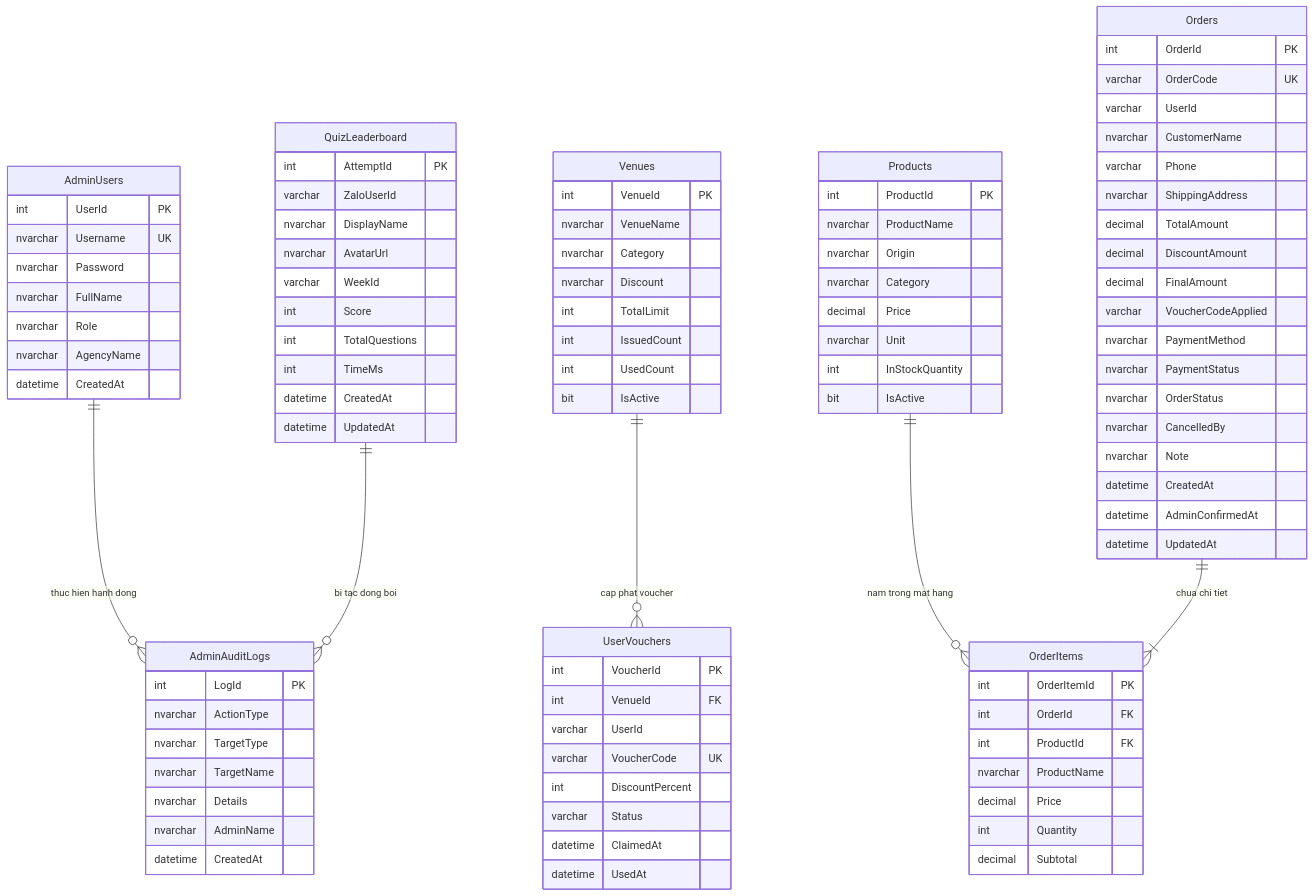
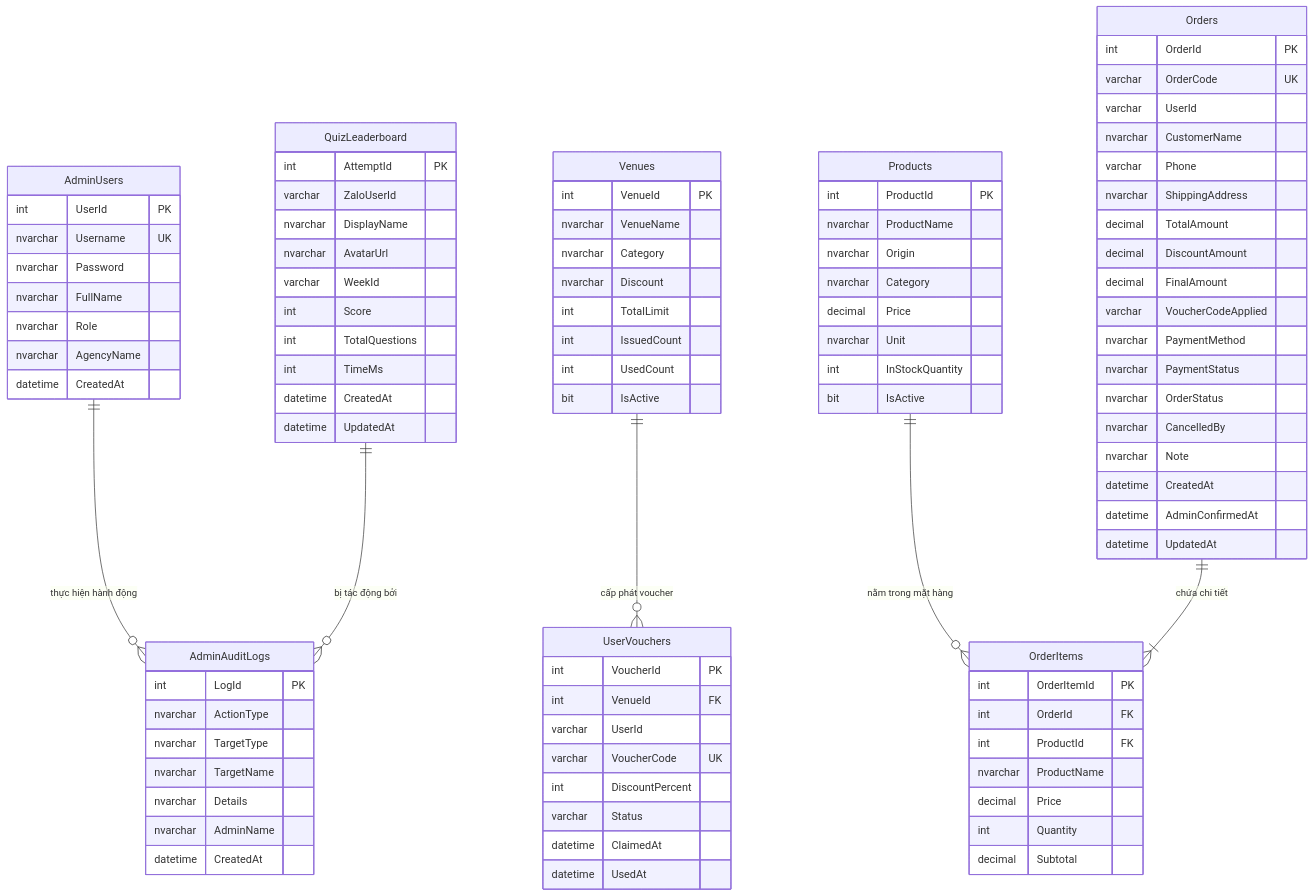
One commit to ZangKai2k3/dak-song-quest changed the ninth of 10 diagrams in MO_TA_HE_THONG.md. Above: the diagram before and after it, drawn with Mermaid. The commit also changed other lines of this file and 2 other files, not shown here.

````diff
--- a/MO_TA_HE_THONG.md
+++ b/MO_TA_HE_THONG.md
@@ -718,10 +718,10 @@
 ```mermaid
 erDiagram
-    AdminUsers ||--o{ AdminAuditLogs : "thuc hien hanh dong"
-    Venues ||--o{ UserVouchers : "cap phat voucher"
-    Products ||--o{ OrderItems : "nam trong mat hang"
-    Orders ||--|{ OrderItems : "chua chi tiet"
-    QuizLeaderboard ||--o{ AdminAuditLogs : "bi tac dong boi"
+    AdminUsers ||--o{ AdminAuditLogs : "thực hiện hành động"
+    Venues ||--o{ UserVouchers : "cấp phát voucher"
+    Products ||--o{ OrderItems : "nằm trong mặt hàng"
+    Orders ||--|{ OrderItems : "chứa chi tiết"
+    QuizLeaderboard ||--o{ AdminAuditLogs : "bị tác động bởi"
 
     AdminUsers {
         int UserId PK
````
